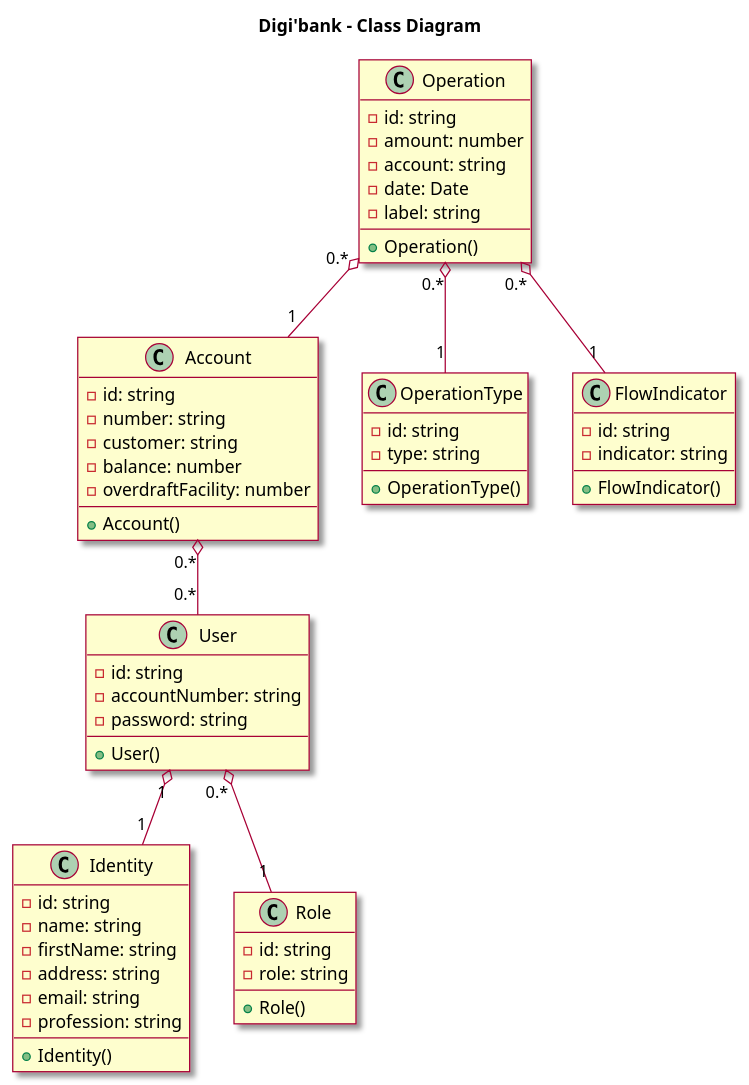
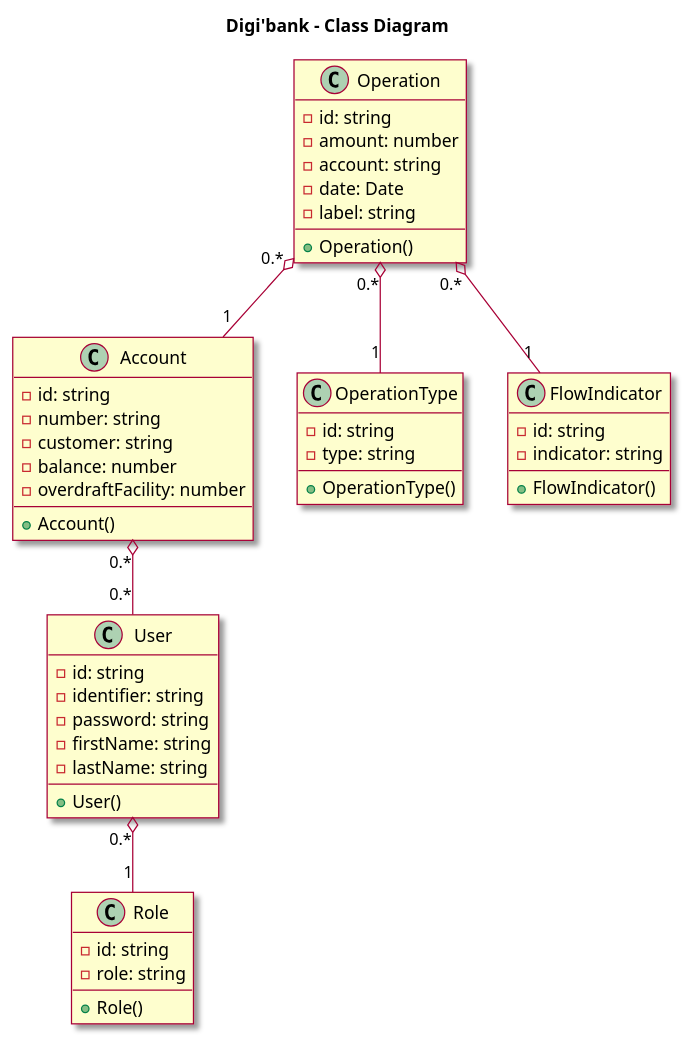
One commit to badace7/banking changed the diagram in docs/banking-class-diagram.wsd. Above: the diagram before and after it, drawn with PlantUML. The commit also changed 55 other files, not shown here.

```diff
--- a/docs/banking-class-diagram.wsd
+++ b/docs/banking-class-diagram.wsd
@@ -1,68 +1,59 @@
 @startuml banking
 
 skin rose
 
 title Digi'bank - Class Diagram
 
 
 class Account {
   - id: string
   - number: string
   - customer: string
   - balance: number
   - overdraftFacility: number
   + Account()
 }
 
 class User {
   - id: string
-  - accountNumber: string
+  - identifier: string
   - password: string
+  - firstName: string
+  - lastName: string
   + User()
-}
-
-class Identity {
-  - id: string
-  - name: string
-  - firstName: string
-  - address: string
-  - email: string
-  - profession: string
-  + Identity()
 }
 
 class Operation {
   - id: string
   - amount: number
   - account: string
   - date: Date
   - label: string
   + Operation()
 }
 
 class Role {
   - id: string
   - role: string
   + Role()
 }
 
 class OperationType {
   - id: string
   - type: string
   + OperationType()
 }
 
 class FlowIndicator {
   - id: string
   - indicator: string
   + FlowIndicator()
 }
 
 User "0.*" o-- "1" Role
 Operation "0.*" o-- "1" Account
 Operation "0.*" o-- "1" OperationType
 Operation "0.*" o-- "1" FlowIndicator
 Account "0.*" o-- "0.*" User
-User "1" o-- "1" Identity
 
 @enduml
```
